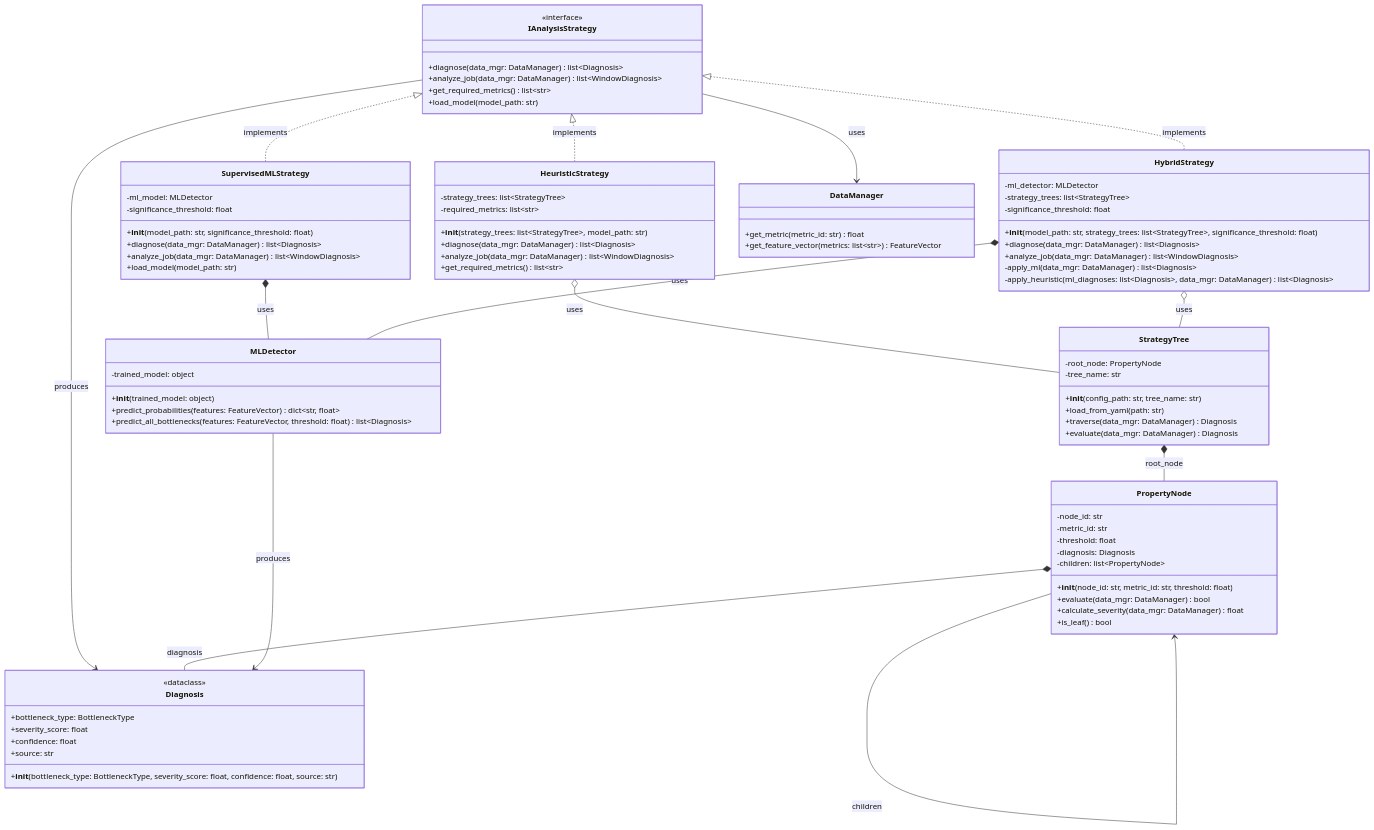
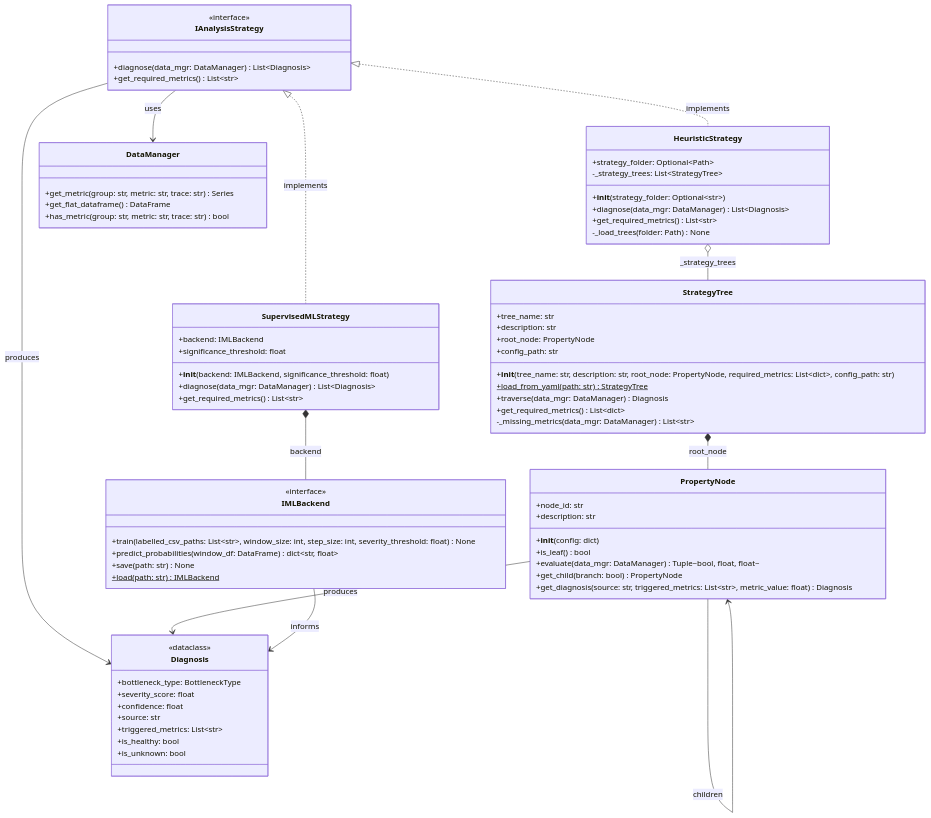
One commit to Crippius/hpc-bottleneck-detector changed the diagram in docs/class-diagrams/3-strategy-pattern.mmd. Above: the diagram before and after it, drawn with Mermaid. The commit also changed 6 other files, not shown here.

Commit message:
docs: Updated class diagrams

```diff
--- a/docs/class-diagrams/3-strategy-pattern.mmd
+++ b/docs/class-diagrams/3-strategy-pattern.mmd
@@ -1,103 +1,91 @@
 classDiagram
     %% ============================================
     %% STRATEGY PATTERN VIEW
     %% Focus: Analysis Strategies & Implementations
     %% ============================================
-    
+
     class IAnalysisStrategy {
         <<interface>>
-        +diagnose(data_mgr: DataManager) list~Diagnosis~
-        +analyze_job(data_mgr: DataManager) list~WindowDiagnosis~
-        +get_required_metrics() list~str~
-        +load_model(model_path: str)
+        +diagnose(data_mgr: DataManager) List~Diagnosis~
+        +get_required_metrics() List~str~
     }
 
     class HeuristicStrategy {
-        -strategy_trees: list~StrategyTree~
-        -required_metrics: list~str~
-        +__init__(strategy_trees: list~StrategyTree~, model_path: str)
-        +diagnose(data_mgr: DataManager) list~Diagnosis~
-        +analyze_job(data_mgr: DataManager) list~WindowDiagnosis~
-        +get_required_metrics() list~str~
+        +strategy_folder: Optional~Path~
+        -_strategy_trees: List~StrategyTree~
+        +__init__(strategy_folder: Optional~str~)
+        +diagnose(data_mgr: DataManager) List~Diagnosis~
+        +get_required_metrics() List~str~
+        -_load_trees(folder: Path) None
     }
 
     class SupervisedMLStrategy {
-        -ml_model: MLDetector
-        -significance_threshold: float
-        +__init__(model_path: str, significance_threshold: float)
-        +diagnose(data_mgr: DataManager) list~Diagnosis~
-        +analyze_job(data_mgr: DataManager) list~WindowDiagnosis~
-        +load_model(model_path: str)
+        +backend: IMLBackend
+        +significance_threshold: float
+        +__init__(backend: IMLBackend, significance_threshold: float)
+        +diagnose(data_mgr: DataManager) List~Diagnosis~
+        +get_required_metrics() List~str~
     }
 
-    class HybridStrategy {
-        -ml_detector: MLDetector
-        -strategy_trees: list~StrategyTree~
-        -significance_threshold: float
-        +__init__(model_path: str, strategy_trees: list~StrategyTree~, significance_threshold: float)
-        +diagnose(data_mgr: DataManager) list~Diagnosis~
-        +analyze_job(data_mgr: DataManager) list~WindowDiagnosis~
-        -apply_ml(data_mgr: DataManager) list~Diagnosis~
-        -apply_heuristic(ml_diagnoses: list~Diagnosis~, data_mgr: DataManager) list~Diagnosis~
-    }
-
-    class MLDetector {
-        -trained_model: object
-        +__init__(trained_model: object)
-        +predict_probabilities(features: FeatureVector) dict~str, float~
-        +predict_all_bottlenecks(features: FeatureVector, threshold: float) list~Diagnosis~
+    class IMLBackend {
+        <<interface>>
+        +train(labelled_csv_paths: List~str~, window_size: int, step_size: int, severity_threshold: float) None
+        +predict_probabilities(window_df: DataFrame) dict~str, float~
+        +save(path: str) None
+        +load(path: str) IMLBackend$
     }
 
     class StrategyTree {
-        -root_node: PropertyNode
-        -tree_name: str
-        +__init__(config_path: str, tree_name: str)
-        +load_from_yaml(path: str)
+        +tree_name: str
+        +description: str
+        +root_node: PropertyNode
+        +config_path: str
+        +__init__(tree_name: str, description: str, root_node: PropertyNode, required_metrics: List~dict~, config_path: str)
+        +load_from_yaml(path: str) StrategyTree$
         +traverse(data_mgr: DataManager) Diagnosis
-        +evaluate(data_mgr: DataManager) Diagnosis
+        +get_required_metrics() List~dict~
+        -_missing_metrics(data_mgr: DataManager) List~str~
     }
 
     class PropertyNode {
-        -node_id: str
-        -metric_id: str
-        -threshold: float
-        -diagnosis: Diagnosis
-        -children: list~PropertyNode~
-        +__init__(node_id: str, metric_id: str, threshold: float)
-        +evaluate(data_mgr: DataManager) bool
-        +calculate_severity(data_mgr: DataManager) float
+        +node_id: str
+        +description: str
+        +__init__(config: dict)
         +is_leaf() bool
+        +evaluate(data_mgr: DataManager) Tuple~bool, float, float~
+        +get_child(branch: bool) PropertyNode
+        +get_diagnosis(source: str, triggered_metrics: List~str~, metric_value: float) Diagnosis
     }
 
     class DataManager {
-        +get_metric(metric_id: str) float
-        +get_feature_vector(metrics: list~str~) FeatureVector
+        +get_metric(group: str, metric: str, trace: str) Series
+        +get_flat_dataframe() DataFrame
+        +has_metric(group: str, metric: str, trace: str) bool
     }
 
     class Diagnosis {
         <<dataclass>>
         +bottleneck_type: BottleneckType
         +severity_score: float
         +confidence: float
         +source: str
-        +__init__(bottleneck_type: BottleneckType, severity_score: float, confidence: float, source: str)
+        +triggered_metrics: List~str~
+        +is_healthy: bool
+        +is_unknown: bool
     }
 
     %% Relationships
     IAnalysisStrategy <|.. HeuristicStrategy : implements
     IAnalysisStrategy <|.. SupervisedMLStrategy : implements
-    IAnalysisStrategy <|.. HybridStrategy : implements
 
     IAnalysisStrategy --> DataManager : uses
     IAnalysisStrategy --> Diagnosis : produces
 
-    HeuristicStrategy o-- StrategyTree : uses
-    SupervisedMLStrategy *-- MLDetector : uses
-    HybridStrategy *-- MLDetector : uses
-    HybridStrategy o-- StrategyTree : uses
+    HeuristicStrategy o-- StrategyTree : _strategy_trees
+    SupervisedMLStrategy *-- IMLBackend : backend
 
     StrategyTree *-- PropertyNode : root_node
     PropertyNode --> PropertyNode : children
-    PropertyNode *-- Diagnosis : diagnosis
+    PropertyNode --> Diagnosis : produces
 
-    MLDetector --> Diagnosis : produces
+    IMLBackend --> Diagnosis : informs
```
